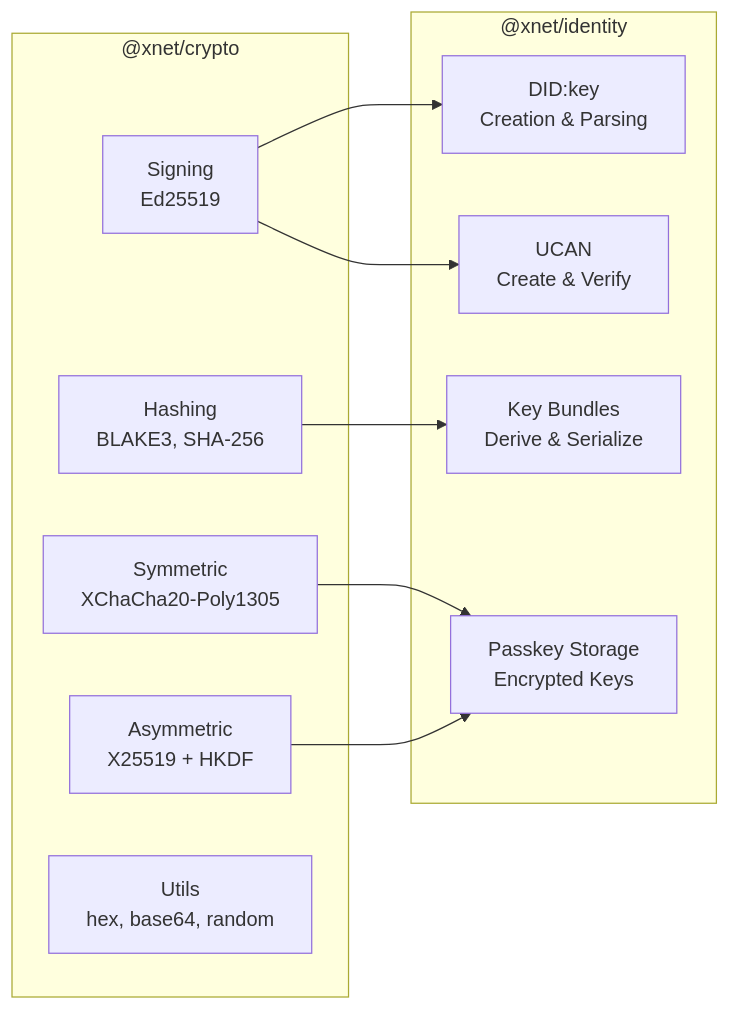
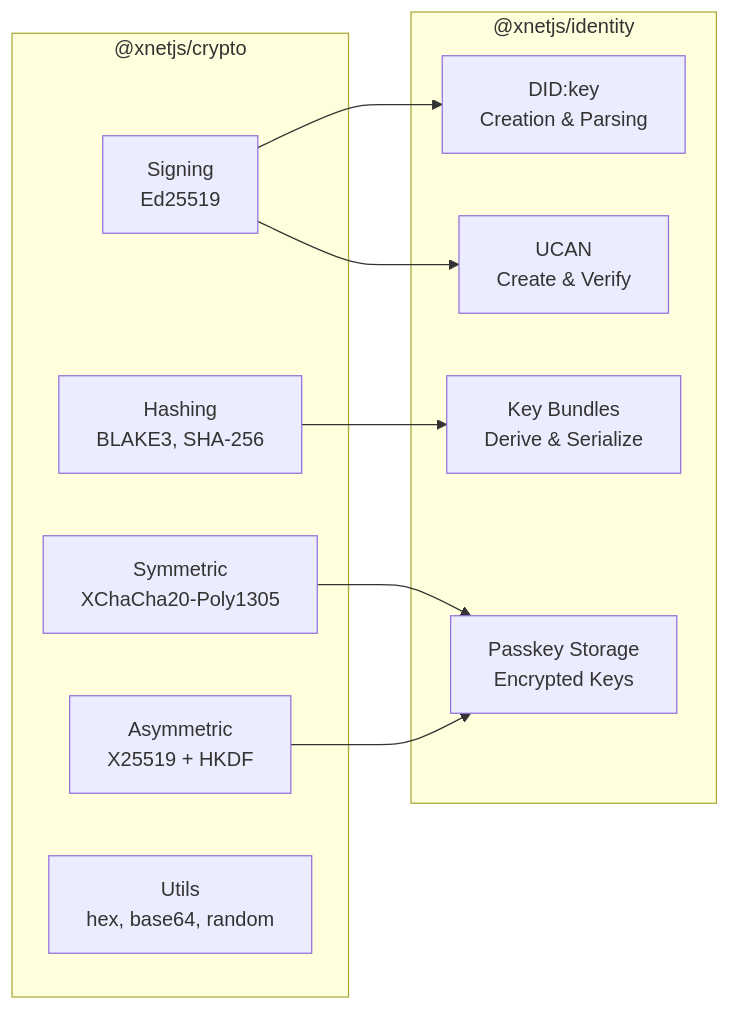
One commit to crs48/xNet changed the first of 3 diagrams in docs/reviews/2026-01-30/04-crypto-identity.md. Above: the diagram before and after it, drawn with Mermaid. The commit also changed other lines of this file and 980 other files, not shown here.

````diff
--- a/docs/reviews/2026-01-30/04-crypto-identity.md
+++ b/docs/reviews/2026-01-30/04-crypto-identity.md
@@ -7,23 +7,23 @@
 ```mermaid
 graph LR
-    subgraph "@xnet/crypto"
+    subgraph "@xnetjs/crypto"
         hash["Hashing<br/>BLAKE3, SHA-256"]
         sym["Symmetric<br/>XChaCha20-Poly1305"]
         asym["Asymmetric<br/>X25519 + HKDF"]
         sign["Signing<br/>Ed25519"]
         util["Utils<br/>hex, base64, random"]
     end
 
-    subgraph "@xnet/identity"
+    subgraph "@xnetjs/identity"
         did["DID:key<br/>Creation & Parsing"]
         ucan["UCAN<br/>Create & Verify"]
         keys["Key Bundles<br/>Derive & Serialize"]
         pass["Passkey Storage<br/>Encrypted Keys"]
     end
 
     sign --> did
     sign --> ucan
     hash --> keys
     sym --> pass
     asym --> pass
 ```
````
